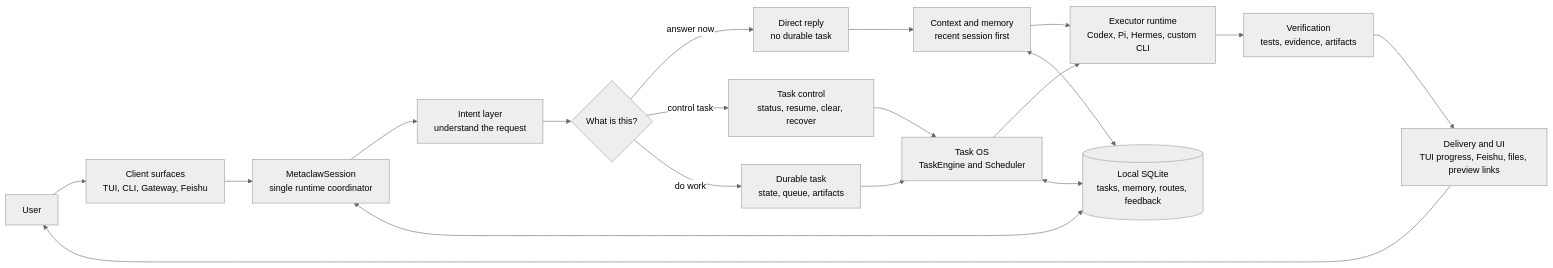
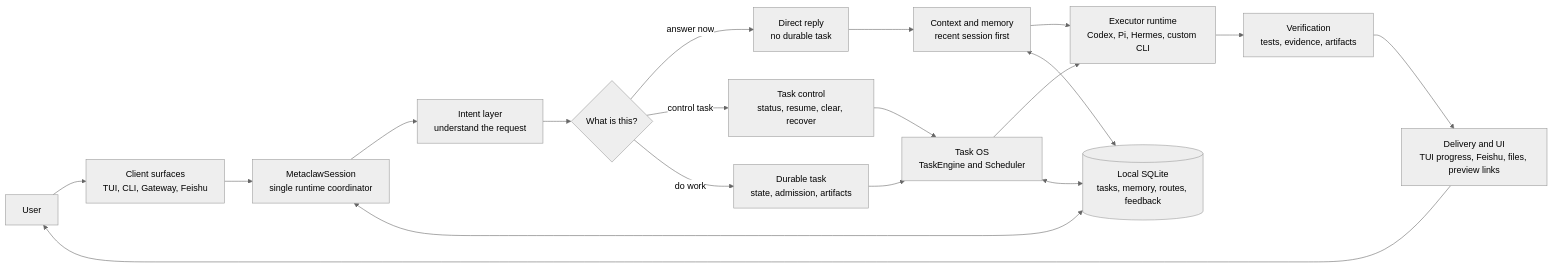
Before and after one commit to IFOSR/metaclaw: the first of 4 diagrams in README.md, drawn with Mermaid (neutral theme). The commit also changed other lines of this file and 1 other file, not shown here.

````diff
--- a/README.md
+++ b/README.md
@@ -31,23 +32,23 @@
 ```mermaid
 flowchart LR
   User[User] --> Surfaces[Client surfaces<br/>TUI, CLI, Gateway, Feishu]
   Surfaces --> Session[MetaclawSession<br/>single runtime coordinator]
   Session --> Intent[Intent layer<br/>understand the request]
   Intent --> Choice{What is this?}
   Choice -->|answer now| Conversation[Direct reply<br/>no durable task]
   Choice -->|control task| Control[Task control<br/>status, resume, clear, recover]
-  Choice -->|do work| Durable[Durable task<br/>state, queue, artifacts]
+  Choice -->|do work| Durable[Durable task<br/>state, admission, artifacts]
 
   Conversation --> Context[Context and memory<br/>recent session first]
   Control --> TaskOS[Task OS<br/>TaskEngine and Scheduler]
   Durable --> TaskOS
   Context --> Executors[Executor runtime<br/>Codex, Pi, Hermes, custom CLI]
   TaskOS --> Executors
   Executors --> Verify[Verification<br/>tests, evidence, artifacts]
   Verify --> Delivery[Delivery and UI<br/>TUI progress, Feishu, files, preview links]
   Delivery --> User
 
   Session <--> Store[(Local SQLite<br/>tasks, memory, routes, feedback)]
   Context <--> Store
   TaskOS <--> Store
 ```
````
